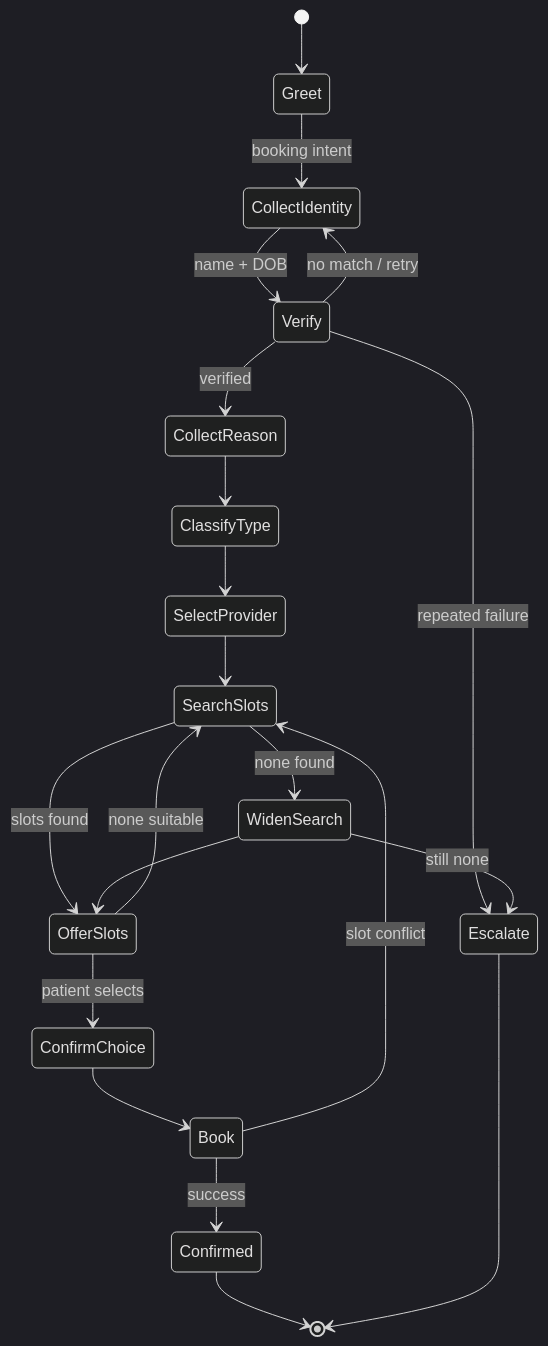
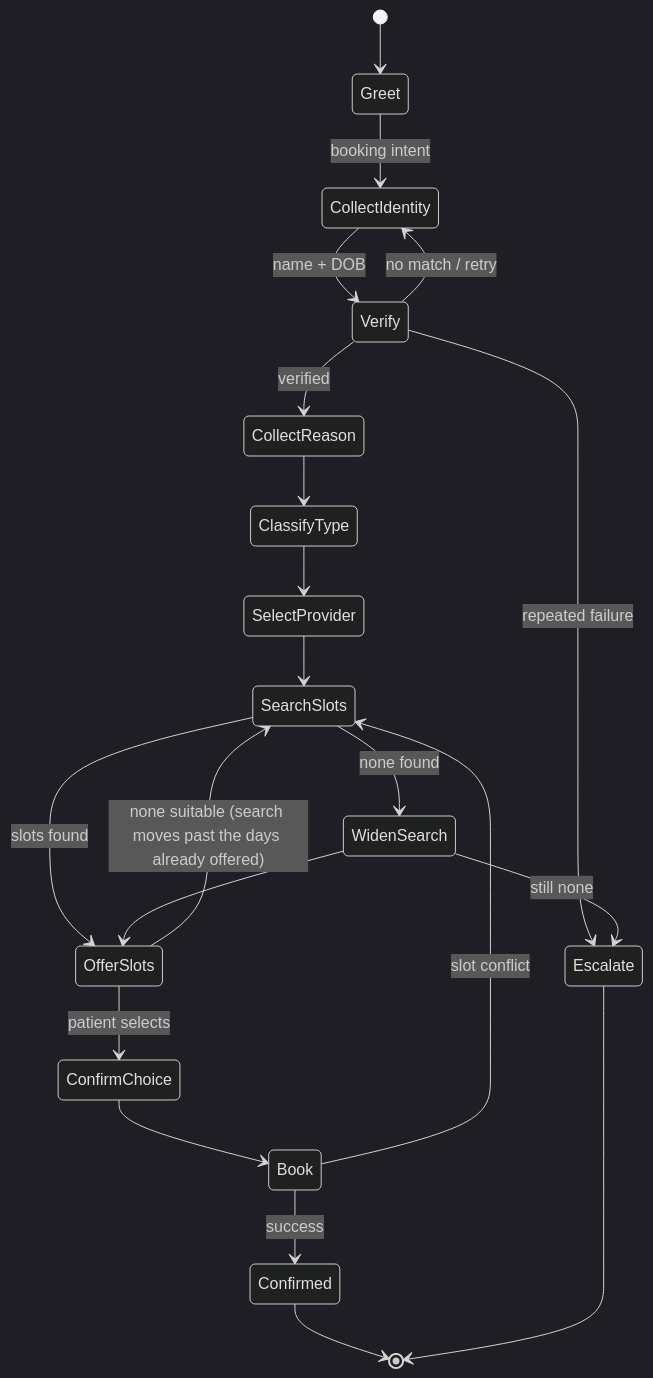
The first of 2 diagrams in docs/call-flows.md (Hannan2102/careline-ai), drawn with Mermaid (dark theme) before and after one commit. The commit also changed other lines of this file and 10 other files, not shown here.

````diff
--- a/docs/call-flows.md
+++ b/docs/call-flows.md
@@ -7,23 +19,23 @@
 ```mermaid
 stateDiagram-v2
   [*] --> Greet
   Greet --> CollectIdentity: booking intent
   CollectIdentity --> Verify: name + DOB
   Verify --> CollectIdentity: no match / retry
   Verify --> Escalate: repeated failure
   Verify --> CollectReason: verified
   CollectReason --> ClassifyType
   ClassifyType --> SelectProvider
   SelectProvider --> SearchSlots
   SearchSlots --> OfferSlots: slots found
   SearchSlots --> WidenSearch: none found
   WidenSearch --> OfferSlots
   WidenSearch --> Escalate: still none
   OfferSlots --> ConfirmChoice: patient selects
-  OfferSlots --> SearchSlots: none suitable
+  OfferSlots --> SearchSlots: none suitable (search moves past the days already offered)
   ConfirmChoice --> Book
   Book --> Confirmed: success
   Book --> SearchSlots: slot conflict
   Confirmed --> [*]
   Escalate --> [*]
 ```
````
